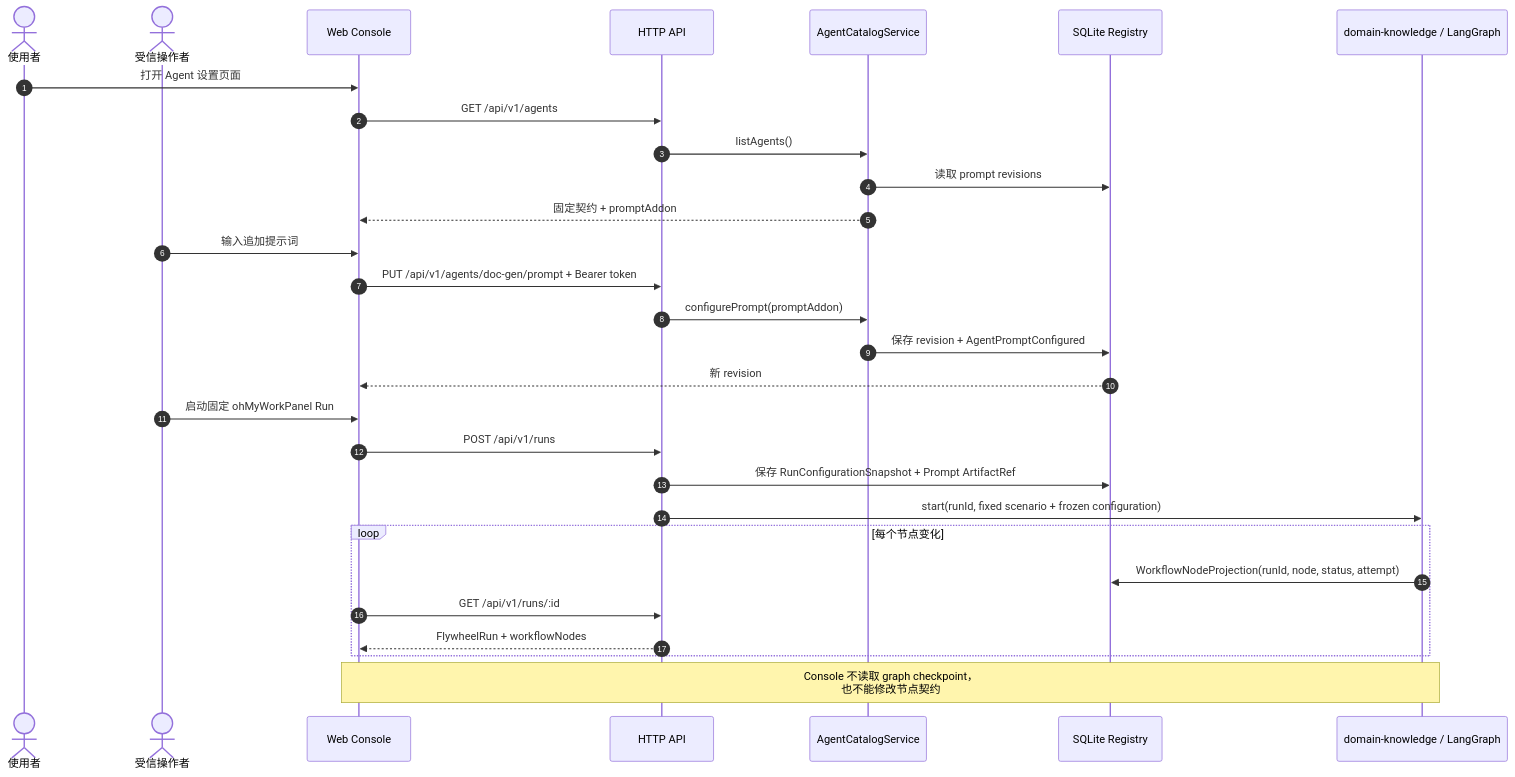
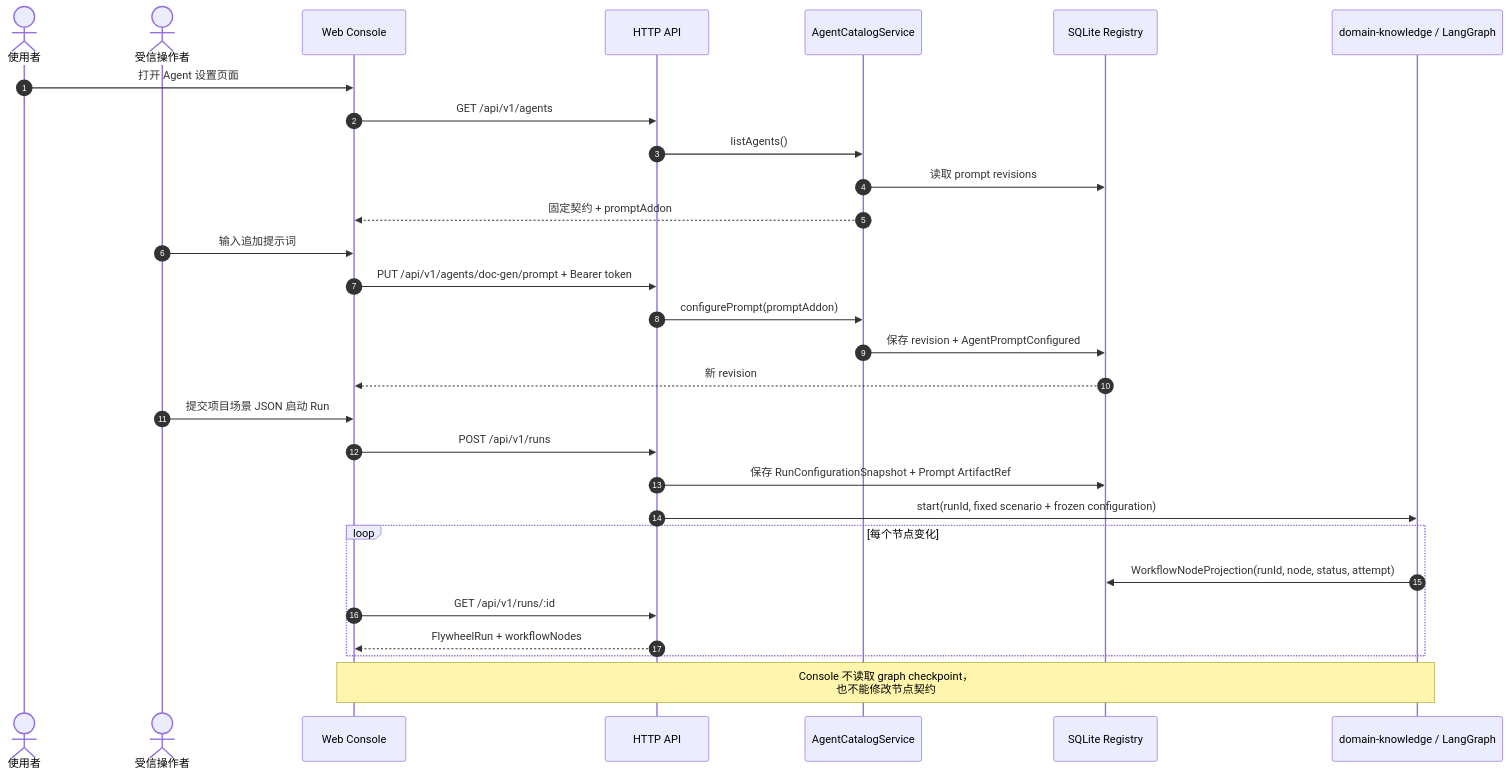
One commit to linlisWorkTeam/domain-knowledge changed the sixth of 6 diagrams in specs/05-workflows/user-use-cases.md. Above: the diagram before and after it, drawn with Mermaid. The commit also changed 18 other files, not shown here.

````diff
--- a/specs/05-workflows/user-use-cases.md
+++ b/specs/05-workflows/user-use-cases.md
@@ -366,34 +366,34 @@
 ```mermaid
 sequenceDiagram
     autonumber
     actor User as 使用者
     actor Operator as 受信操作者
     participant Console as Web Console
     participant API as HTTP API
     participant Catalog as AgentCatalogService
     participant Registry as SQLite Registry
     participant Graph as domain-knowledge / LangGraph
 
     User->>Console: 打开 Agent 设置页面
     Console->>API: GET /api/v1/agents
     API->>Catalog: listAgents()
     Catalog->>Registry: 读取 prompt revisions
     Catalog-->>Console: 固定契约 + promptAddon
 
     Operator->>Console: 输入追加提示词
     Console->>API: PUT /api/v1/agents/doc-gen/prompt + Bearer token
     API->>Catalog: configurePrompt(promptAddon)
     Catalog->>Registry: 保存 revision + AgentPromptConfigured
     Registry-->>Console: 新 revision
 
-    Operator->>Console: 启动固定 ohMyWorkPanel Run
+    Operator->>Console: 提交项目场景 JSON 启动 Run
     Console->>API: POST /api/v1/runs
     API->>Registry: 保存 RunConfigurationSnapshot + Prompt ArtifactRef
     API->>Graph: start(runId, fixed scenario + frozen configuration)
     loop 每个节点变化
         Graph->>Registry: WorkflowNodeProjection(runId, node, status, attempt)
         Console->>API: GET /api/v1/runs/:id
         API-->>Console: FlywheelRun + workflowNodes
     end
     Note over Console,Graph: Console 不读取 graph checkpoint，<br/>也不能修改节点契约
 ```
````
